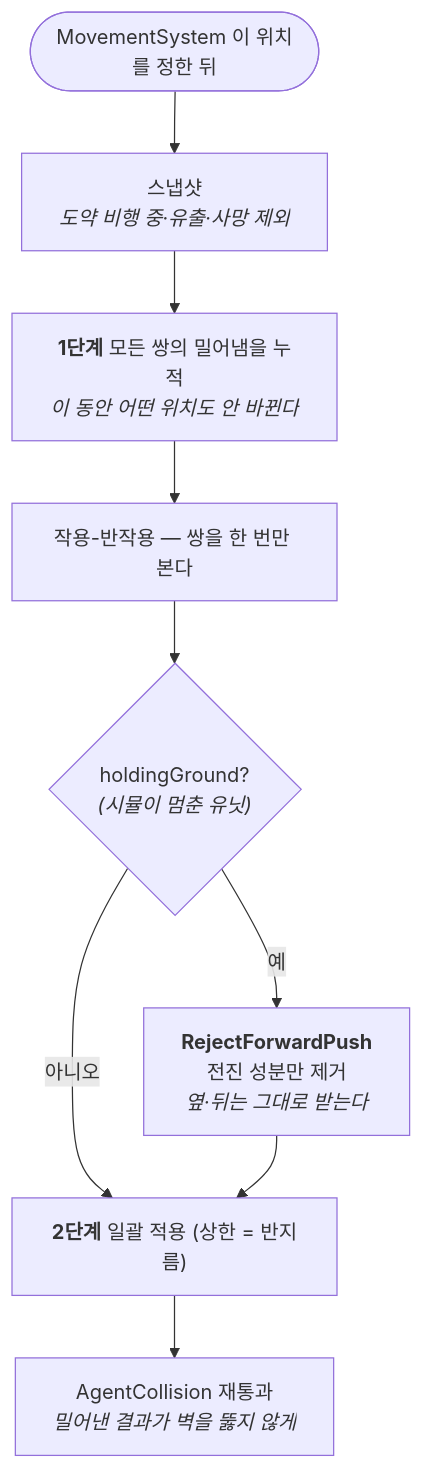
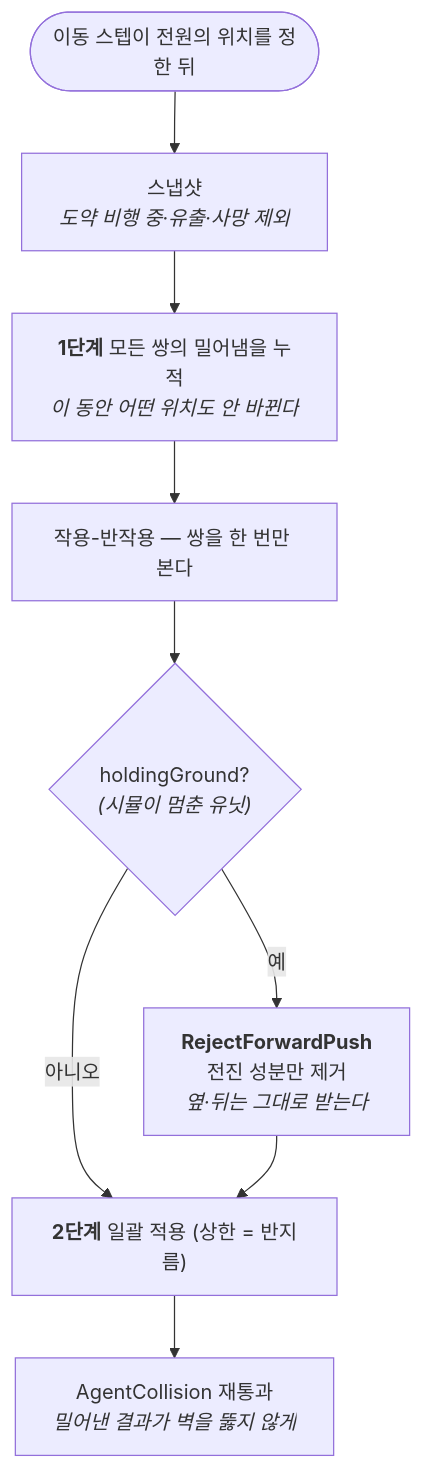
The fifth of 5 diagrams in docs/reference/enemy-movement-algorithm.md (wasssupman/dreamsquad-demo), drawn with Mermaid before and after one commit. The commit also changed other lines of this file and 18 other files, not shown here.

````diff
--- a/docs/reference/enemy-movement-algorithm.md
+++ b/docs/reference/enemy-movement-algorithm.md
@@ -148,11 +149,11 @@
 ```mermaid
 flowchart TD
-  A(["MovementSystem 이 위치를 정한 뒤"]) --> B["스냅샷<br/><i>도약 비행 중·유출·사망 제외</i>"]
+  A(["이동 스텝이 전원의 위치를 정한 뒤"]) --> B["스냅샷<br/><i>도약 비행 중·유출·사망 제외</i>"]
   B --> C["<b>1단계</b> 모든 쌍의 밀어냄을 누적<br/><i>이 동안 어떤 위치도 안 바뀐다</i>"]
   C --> D["작용-반작용 — 쌍을 한 번만 본다"]
   D --> E{"holdingGround?<br/><i>(시뮬이 멈춘 유닛)</i>"}
   E -->|예| F["<b>RejectForwardPush</b><br/>전진 성분만 제거<br/><i>옆·뒤는 그대로 받는다</i>"]
   E -->|아니오| G
   F --> G["<b>2단계</b> 일괄 적용 (상한 = 반지름)"]
   G --> H["AgentCollision 재통과<br/><i>밀어낸 결과가 벽을 뚫지 않게</i>"]
 ```
````
